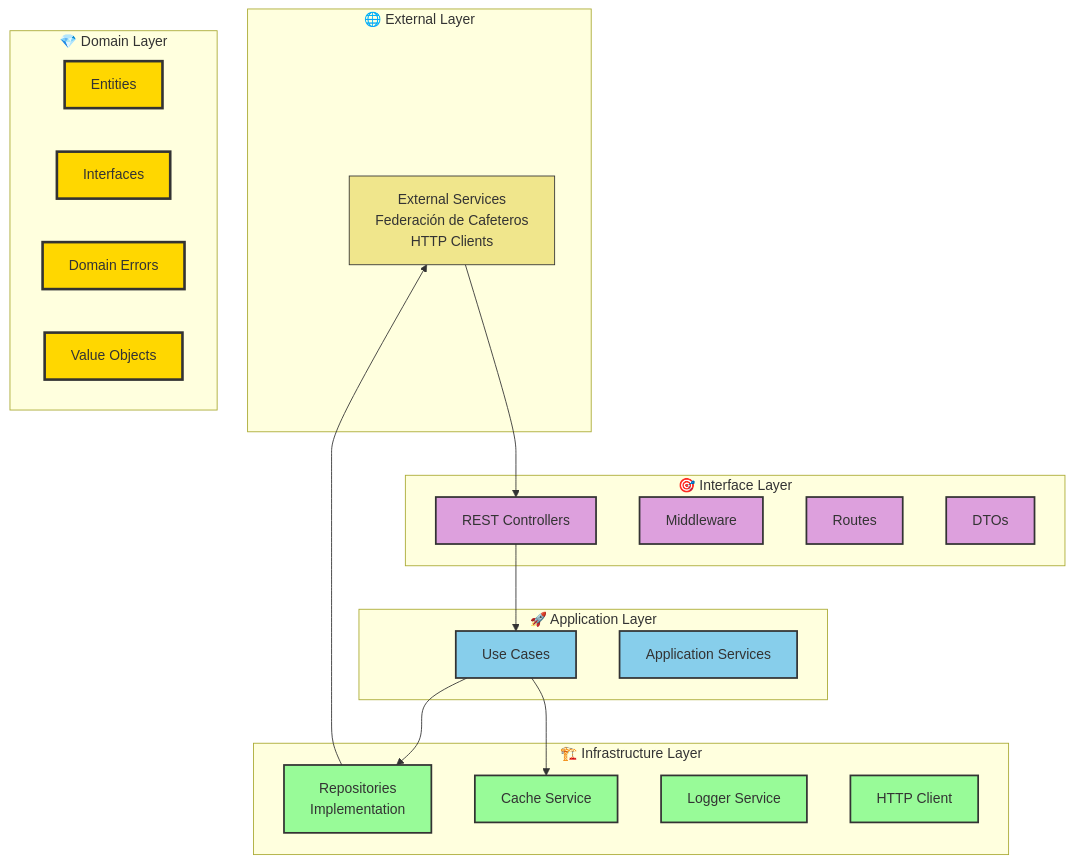
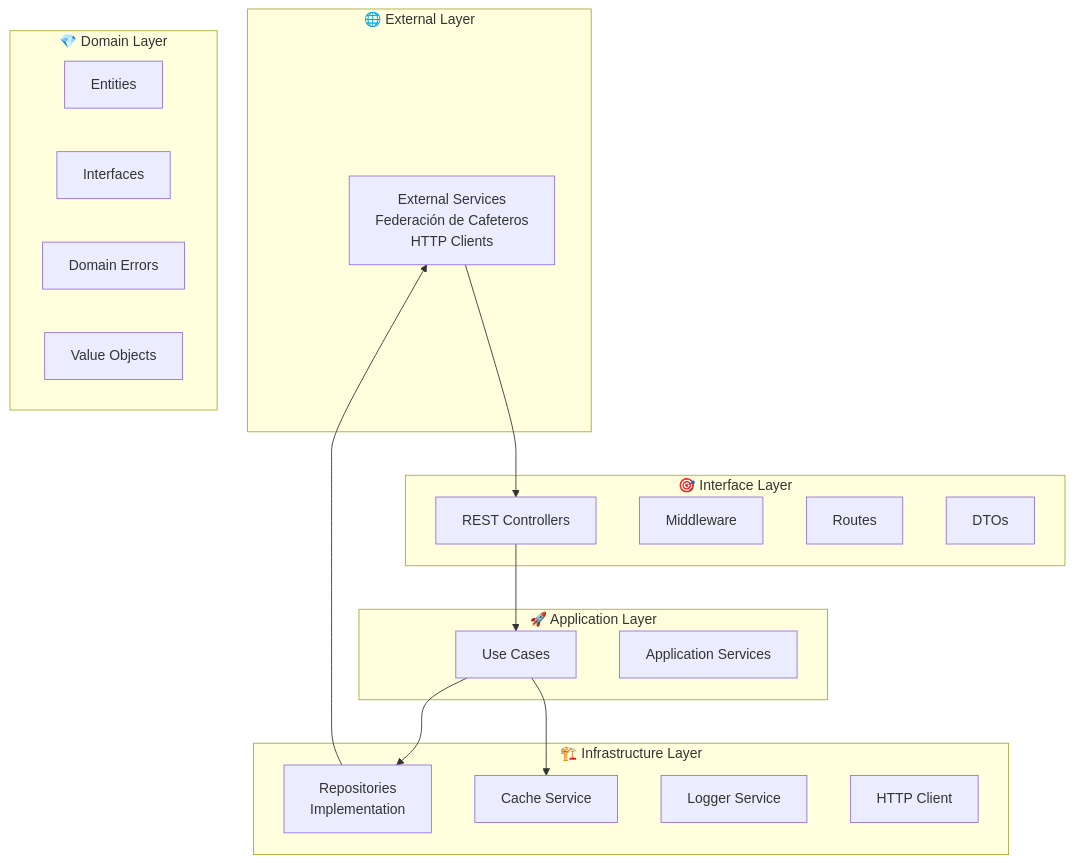
One commit to felipesanchez-dev/micafe-api changed the first of 7 diagrams in README.md. Above: the diagram before and after it, drawn with Mermaid. The commit also changed other lines of this file and 1 other file, not shown here.

Commit message:
Implement code changes to enhance functionality and improve performance

````diff
--- a/README.md
+++ b/README.md
@@ -62,50 +61,45 @@
 ```mermaid
 graph TB
     subgraph "🌐 External Layer"
         EXT[External Services<br/>Federación de Cafeteros<br/>HTTP Clients]
     end
     
     subgraph "🎯 Interface Layer"
         REST[REST Controllers]
         MW[Middleware]
         RT[Routes]
         DTO[DTOs]
     end
     
     subgraph "🏗️ Infrastructure Layer"
         REPO[Repositories<br/>Implementation]
         CACHE[Cache Service]
         LOG[Logger Service]
         HTTP[HTTP Client]
     end
     
     subgraph "🚀 Application Layer"
         UC[Use Cases]
         SRV[Application Services]
     end
     
     subgraph "💎 Domain Layer"
         ENT[Entities]
         INT[Interfaces]
         ERR[Domain Errors]
         VAL[Value Objects]
     end
     
     EXT --> REST
     REST --> UC
     UC --> REPO
     UC --> CACHE
     REPO --> EXT
     
-    classDef domain fill:#FFD700,stroke:#333,stroke-width:3px
-    classDef application fill:#87CEEB,stroke:#333,stroke-width:2px
-    classDef infrastructure fill:#98FB98,stroke:#333,stroke-width:2px
-    classDef interface fill:#DDA0DD,stroke:#333,stroke-width:2px
-    classDef external fill:#F0E68C,stroke:#333,stroke-width:1px
     
     class ENT,INT,ERR,VAL domain
     class UC,SRV application
     class REPO,CACHE,LOG,HTTP infrastructure
     class REST,MW,RT,DTO interface
     class EXT external
 ```
````
